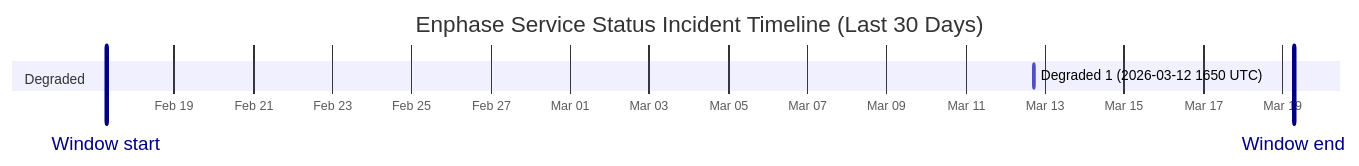
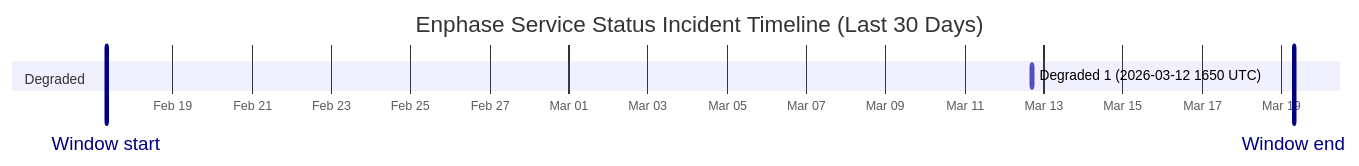
The diagram in wiki/Service-Status-History.md (barneyonline/ha-enphase-ev-charger), drawn with Mermaid before and after one commit. The commit also changed other lines of this file and 3 other files, not shown here.

````diff
--- a/wiki/Service-Status-History.md
+++ b/wiki/Service-Status-History.md
@@ -14,10 +14,10 @@
 ```mermaid
 gantt
     title Enphase Service Status Incident Timeline (Last 30 Days)
     dateFormat  YYYY-MM-DDTHH:mm:ss
     axisFormat  %b %d
-    Window start :vert, window-start, 2026-02-17T06:45:45, 0ms
-    Window end :vert, window-end, 2026-03-19T06:45:45, 0ms
+    Window start :vert, window-start, 2026-02-17T07:40:24, 0ms
+    Window end :vert, window-end, 2026-03-19T07:40:24, 0ms
     section Degraded
     Degraded 1 (2026-03-12 1650 UTC) :active, degraded-1, 2026-03-12T16:50:43, 60m
 ```
````
